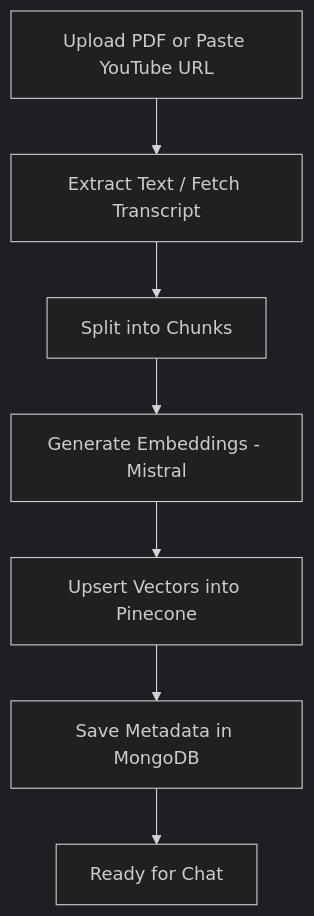
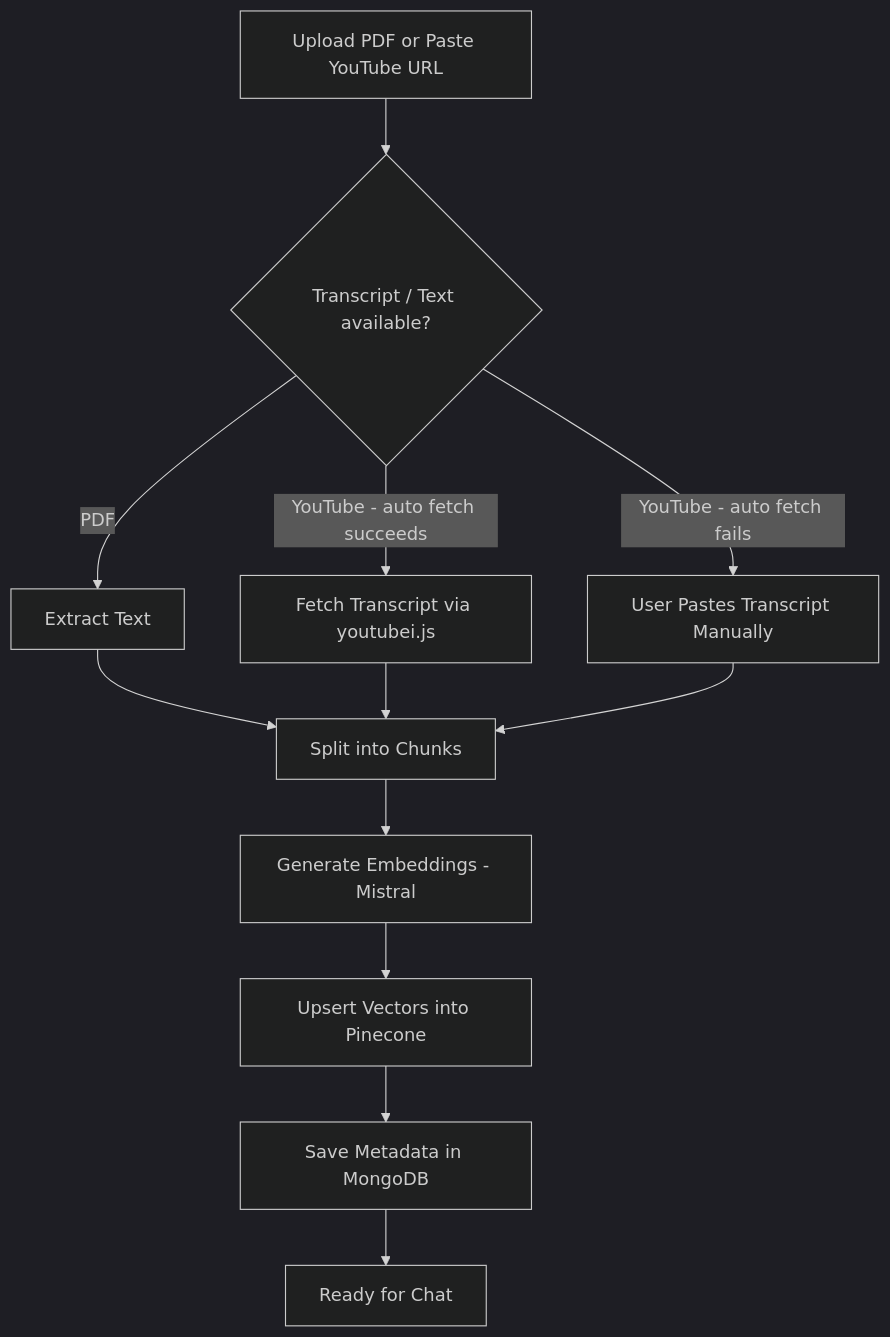
Before and after one commit to hari5827/AskQuery-Genai: the third of 4 diagrams in README.md, drawn with Mermaid (dark theme). The commit also changed other lines of this file, not shown here.

````diff
--- a/README.md
+++ b/README.md
@@ -138,9 +139,14 @@
 ```mermaid
 flowchart TD
-    A[Upload PDF or Paste YouTube URL] --> B[Extract Text / Fetch Transcript]
-    B --> C[Split into Chunks]
-    C --> D[Generate Embeddings - Mistral]
-    D --> E[Upsert Vectors into Pinecone]
-    E --> F[Save Metadata in MongoDB]
-    F --> G[Ready for Chat]
+    A[Upload PDF or Paste YouTube URL] --> B{Transcript / Text available?}
+    B -->|PDF| C[Extract Text]
+    B -->|YouTube - auto fetch succeeds| D[Fetch Transcript via youtubei.js]
+    B -->|YouTube - auto fetch fails| P[User Pastes Transcript Manually]
+    C --> E[Split into Chunks]
+    D --> E
+    P --> E
+    E --> F[Generate Embeddings - Mistral]
+    F --> G[Upsert Vectors into Pinecone]
+    G --> H[Save Metadata in MongoDB]
+    H --> I[Ready for Chat]
 ```
````
